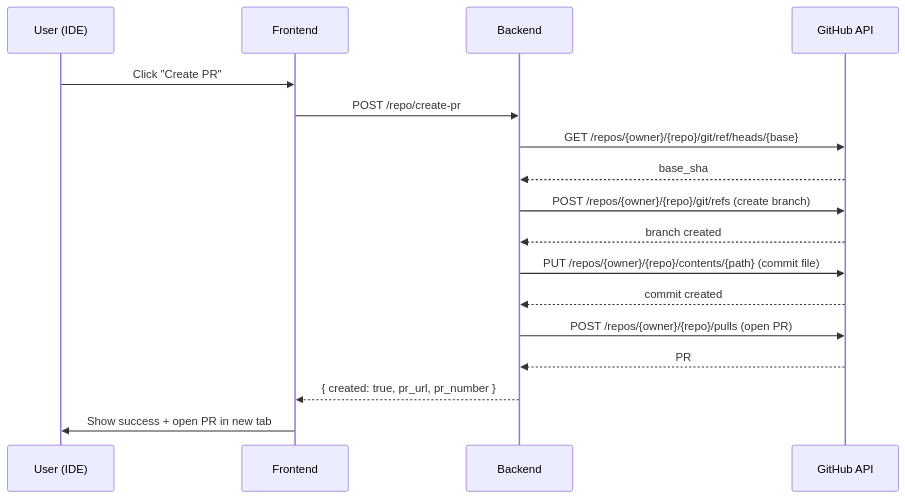
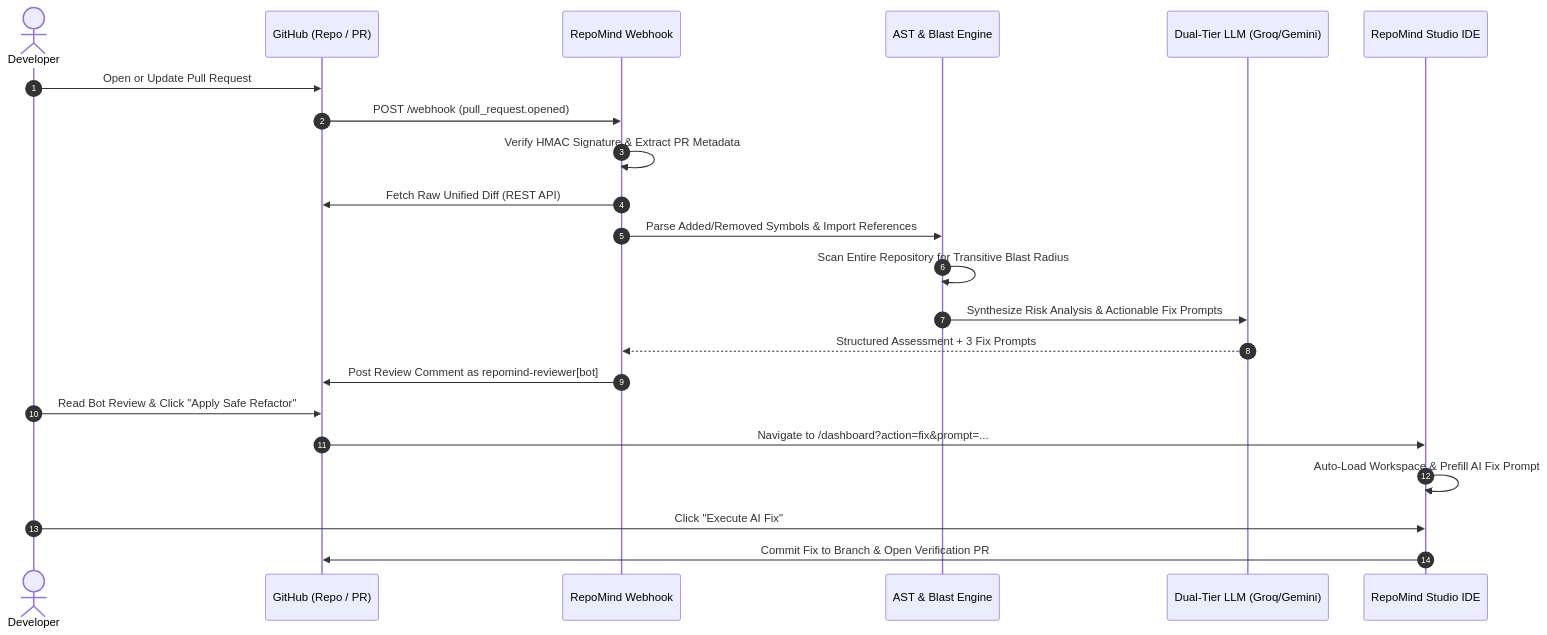
Before and after one commit to PG300604/REPOMIND-IBM_BOB2.0_HACKATHON_PROJ: the second of 2 diagrams in README.md, drawn with Mermaid. The commit also changed other lines of this file and 4 other files, not shown here.

````diff
--- a/README.md
+++ b/README.md
@@ -150,20 +128,25 @@
 ```mermaid
 sequenceDiagram
-    participant U as User (IDE)
-    participant FE as Frontend
-    participant BE as Backend
-    participant GH as GitHub API
+    autonumber
+    actor Dev as Developer
+    participant GH as GitHub (Repo / PR)
+    participant WH as RepoMind Webhook
+    participant AST as AST & Blast Engine
+    participant AI as Dual-Tier LLM (Groq/Gemini)
+    participant IDE as RepoMind Studio IDE
 
-    U->>FE: Click "Create PR"
-    FE->>BE: POST /repo/create-pr
-    BE->>GH: GET /repos/{owner}/{repo}/git/ref/heads/{base}
-    GH-->>BE: base_sha
-    BE->>GH: POST /repos/{owner}/{repo}/git/refs (create branch)
-    GH-->>BE: branch created
-    BE->>GH: PUT /repos/{owner}/{repo}/contents/{path} (commit file)
-    GH-->>BE: commit created
-    BE->>GH: POST /repos/{owner}/{repo}/pulls (open PR)
-    GH-->>BE: PR #{number} created
-    BE-->>FE: { created: true, pr_url, pr_number }
-    FE->>U: Show success + open PR in new tab
+    Dev->>GH: Open or Update Pull Request
+    GH->>WH: POST /webhook (pull_request.opened)
+    WH->>WH: Verify HMAC Signature & Extract PR Metadata
+    WH->>GH: Fetch Raw Unified Diff (REST API)
+    WH->>AST: Parse Added/Removed Symbols & Import References
+    AST->>AST: Scan Entire Repository for Transitive Blast Radius
+    AST->>AI: Synthesize Risk Analysis & Actionable Fix Prompts
+    AI-->>WH: Structured Assessment + 3 Fix Prompts
+    WH->>GH: Post Review Comment as repomind-reviewer[bot]
+    Dev->>GH: Read Bot Review & Click "Apply Safe Refactor"
+    GH->>IDE: Navigate to /dashboard?action=fix&prompt=...
+    IDE->>IDE: Auto-Load Workspace & Prefill AI Fix Prompt
+    Dev->>IDE: Click "Execute AI Fix"
+    IDE->>GH: Commit Fix to Branch & Open Verification PR
 ```
````
